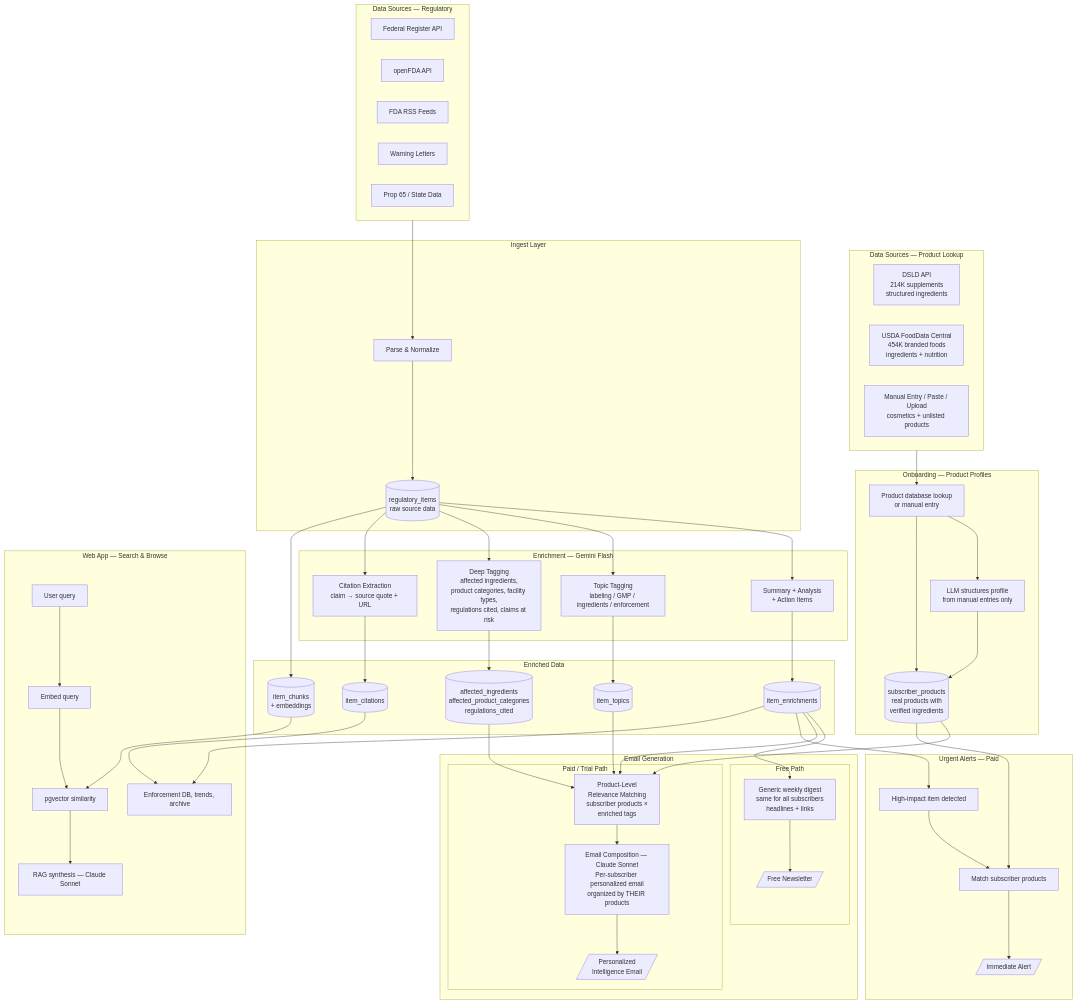
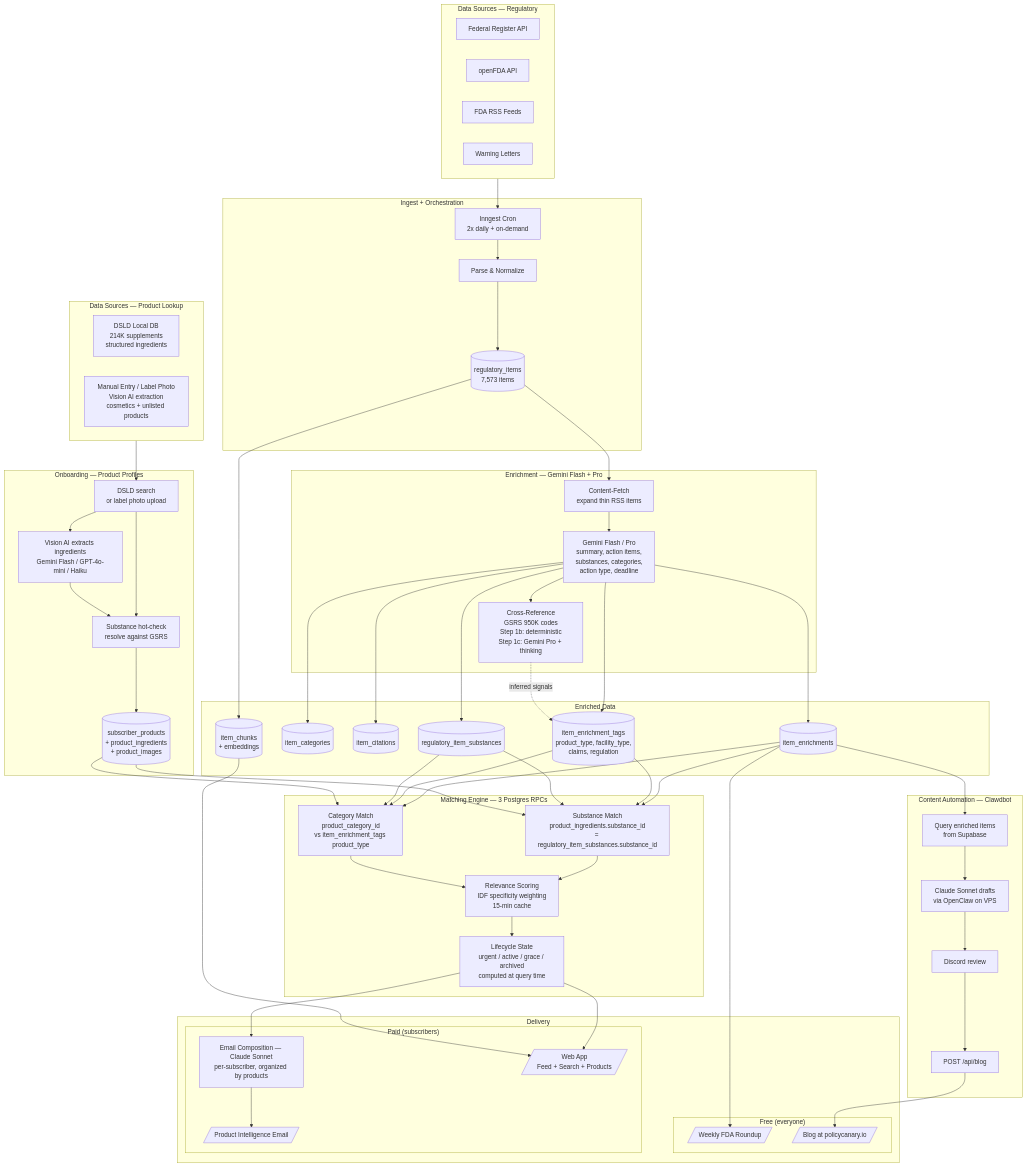
Before and after one commit to Gr0x01/policycanary: the first of 4 diagrams in memory-bank/architecture/llm-data-flow.md, drawn with Mermaid. The commit also changed other lines of this file and 23 other files, not shown here.

First line of the commit message:
feat: onboarding flow + manufacturer fields + route group architecture

````diff
--- a/memory-bank/architecture/llm-data-flow.md
+++ b/memory-bank/architecture/llm-data-flow.md
@@ -21,97 +21,94 @@
         OFDA[openFDA API]
         RSS[FDA RSS Feeds]
         WL[Warning Letters]
-        P65[Prop 65 / State Data]
     end
 
     subgraph PRODUCT_DBS["Data Sources — Product Lookup"]
-        DSLD[DSLD API<br/>214K supplements<br/>structured ingredients]
-        FDC[USDA FoodData Central<br/>454K branded foods<br/>ingredients + nutrition]
-        MANUAL[Manual Entry / Paste / Upload<br/>cosmetics + unlisted products]
+        DSLD[DSLD Local DB<br/>214K supplements<br/>structured ingredients]
+        MANUAL[Manual Entry / Label Photo<br/>Vision AI extraction<br/>cosmetics + unlisted products]
     end
 
-    subgraph INGEST["Ingest Layer"]
+    subgraph PIPELINE["Ingest + Orchestration"]
+        INNGEST[Inngest Cron<br/>2x daily + on-demand]
         PARSE[Parse & Normalize]
-        RAW[(regulatory_items<br/>raw source data)]
+        RAW[(regulatory_items<br/>7,573 items)]
     end
 
-    subgraph ENRICH["Enrichment — Gemini Flash"]
-        SUMMARY[Summary + Analysis<br/>+ Action Items]
-        TOPIC[Topic Tagging<br/>labeling / GMP / ingredients / enforcement]
-        DEEP[Deep Tagging<br/>affected ingredients,<br/>product categories, facility types,<br/>regulations cited, claims at risk]
-        CITE[Citation Extraction<br/>claim → source quote + URL]
+    subgraph ENRICH["Enrichment — Gemini Flash + Pro"]
+        CONTENT_FETCH[Content-Fetch<br/>expand thin RSS items]
+        LLM_CALL[Gemini Flash / Pro<br/>summary, action items,<br/>substances, categories,<br/>action type, deadline]
+        XREF[Cross-Reference<br/>GSRS 950K codes<br/>Step 1b: deterministic<br/>Step 1c: Gemini Pro + thinking]
     end
 
     subgraph ENRICHED_STORE["Enriched Data"]
         ENR[(item_enrichments)]
-        IT[(item_topics)]
+        CATS[(item_categories)]
         IC[(item_citations)]
-        TAGS[(affected_ingredients<br/>affected_product_categories<br/>regulations_cited)]
+        TAGS[(item_enrichment_tags<br/>product_type, facility_type,<br/>claims, regulation)]
+        SUBS[(regulatory_item_substances)]
         CHUNKS[(item_chunks<br/>+ embeddings)]
     end
 
     subgraph ONBOARD["Onboarding — Product Profiles"]
-        LOOKUP[Product database lookup<br/>or manual entry]
-        PROFILE_LLM[LLM structures profile<br/>from manual entries only]
-        PRODUCTS[(subscriber_products<br/>real products with<br/>verified ingredients)]
+        LOOKUP[DSLD search<br/>or label photo upload]
+        VISION[Vision AI extracts ingredients<br/>Gemini Flash / GPT-4o-mini / Haiku]
+        RESOLVE[Substance hot-check<br/>resolve against GSRS]
+        PRODUCTS[(subscriber_products<br/>+ product_ingredients<br/>+ product_images)]
     end
 
-    subgraph EMAIL_GEN["Email Generation"]
-        subgraph FREE_PATH["Free Path"]
-            FREE_TEMPLATE[Generic weekly digest<br/>same for all subscribers<br/>headlines + links]
-            FREE_EMAIL[/Free Newsletter/]
+    subgraph MATCH_ENGINE["Matching Engine — 3 Postgres RPCs"]
+        SUBSTANCE_MATCH[Substance Match<br/>product_ingredients.substance_id<br/>= regulatory_item_substances.substance_id]
+        CATEGORY_MATCH[Category Match<br/>product_category_id<br/>vs item_enrichment_tags product_type]
+        SCORING[Relevance Scoring<br/>IDF specificity weighting<br/>15-min cache]
+        LIFECYCLE[Lifecycle State<br/>urgent / active / grace / archived<br/>computed at query time]
+    end
+
+    subgraph DELIVER["Delivery"]
+        subgraph FREE_PATH["Free (everyone)"]
+            FREE_EMAIL[/Weekly FDA Roundup/]
+            BLOG[/Blog at policycanary.io/]
         end
 
-        subgraph PAID_PATH["Paid / Trial Path"]
-            MATCH[Product-Level<br/>Relevance Matching<br/>subscriber products ×<br/>enriched tags]
-            COMPOSE["Email Composition — Claude Sonnet<br/>Per-subscriber personalized email<br/>organized by THEIR products"]
-            PAID_EMAIL[/Personalized<br/>Intelligence Email/]
+        subgraph PAID_PATH["Paid (subscribers)"]
+            COMPOSE["Email Composition — Claude Sonnet<br/>per-subscriber, organized by products"]
+            PAID_EMAIL[/Product Intelligence Email/]
+            WEBAPP[/Web App<br/>Feed + Search + Products/]
         end
     end
 
-    subgraph ALERTS["Urgent Alerts — Paid"]
-        HIGH[High-impact item detected]
-        ALERT_MATCH[Match subscriber products]
-        ALERT_EMAIL[/Immediate Alert/]
-    end
-
-    subgraph SEARCH["Web App — Search & Browse"]
-        QUERY[User query]
-        EMBED_Q[Embed query]
-        VECTOR[pgvector similarity]
-        RAG["RAG synthesis — Claude Sonnet"]
-        BROWSE[Enforcement DB, trends, archive]
+    subgraph CLAWDBOT["Content Automation — Clawdbot"]
+        CLAW_QUERY[Query enriched items<br/>from Supabase]
+        CLAW_DRAFT[Claude Sonnet drafts<br/>via OpenClaw on VPS]
+        DISCORD[Discord review]
+        PUBLISH[POST /api/blog]
     end
 
     %% Regulatory data flow
-    SOURCES --> PARSE --> RAW
-    RAW --> SUMMARY & TOPIC & DEEP & CITE
-    SUMMARY --> ENR
-    TOPIC --> IT
-    DEEP --> TAGS
-    CITE --> IC
+    SOURCES --> INNGEST --> PARSE --> RAW
+    RAW --> CONTENT_FETCH --> LLM_CALL --> XREF
+    LLM_CALL --> ENR & CATS & IC & TAGS & SUBS
+    XREF -.->|inferred signals| TAGS
     RAW --> CHUNKS
 
     %% Product onboarding flow
     PRODUCT_DBS --> LOOKUP
-    LOOKUP --> PROFILE_LLM
-    LOOKUP --> PRODUCTS
-    PROFILE_LLM --> PRODUCTS
+    LOOKUP --> VISION
+    LOOKUP --> RESOLVE
+    VISION --> RESOLVE --> PRODUCTS
 
-    %% Free email
-    ENR --> FREE_TEMPLATE --> FREE_EMAIL
+    %% Matching
+    ENR & TAGS & SUBS --> SUBSTANCE_MATCH & CATEGORY_MATCH
+    PRODUCTS --> SUBSTANCE_MATCH & CATEGORY_MATCH
+    SUBSTANCE_MATCH & CATEGORY_MATCH --> SCORING --> LIFECYCLE
 
-    %% Paid email (lifecycle state computed at query time, not stored)
-    ENR & IT & TAGS --> MATCH
-    PRODUCTS --> MATCH
-    MATCH --> COMPOSE --> PAID_EMAIL
+    %% Free delivery
+    ENR --> FREE_EMAIL
 
-    %% Alerts
-    ENR --> HIGH --> ALERT_MATCH
-    PRODUCTS --> ALERT_MATCH --> ALERT_EMAIL
+    %% Paid delivery
+    LIFECYCLE --> COMPOSE --> PAID_EMAIL
+    LIFECYCLE --> WEBAPP
+    CHUNKS --> WEBAPP
 
-    %% Search
-    QUERY --> EMBED_Q --> VECTOR
-    CHUNKS --> VECTOR --> RAG
-    ENR & IC --> BROWSE
+    %% Clawdbot
+    ENR --> CLAW_QUERY --> CLAW_DRAFT --> DISCORD --> PUBLISH --> BLOG
 ```
````
